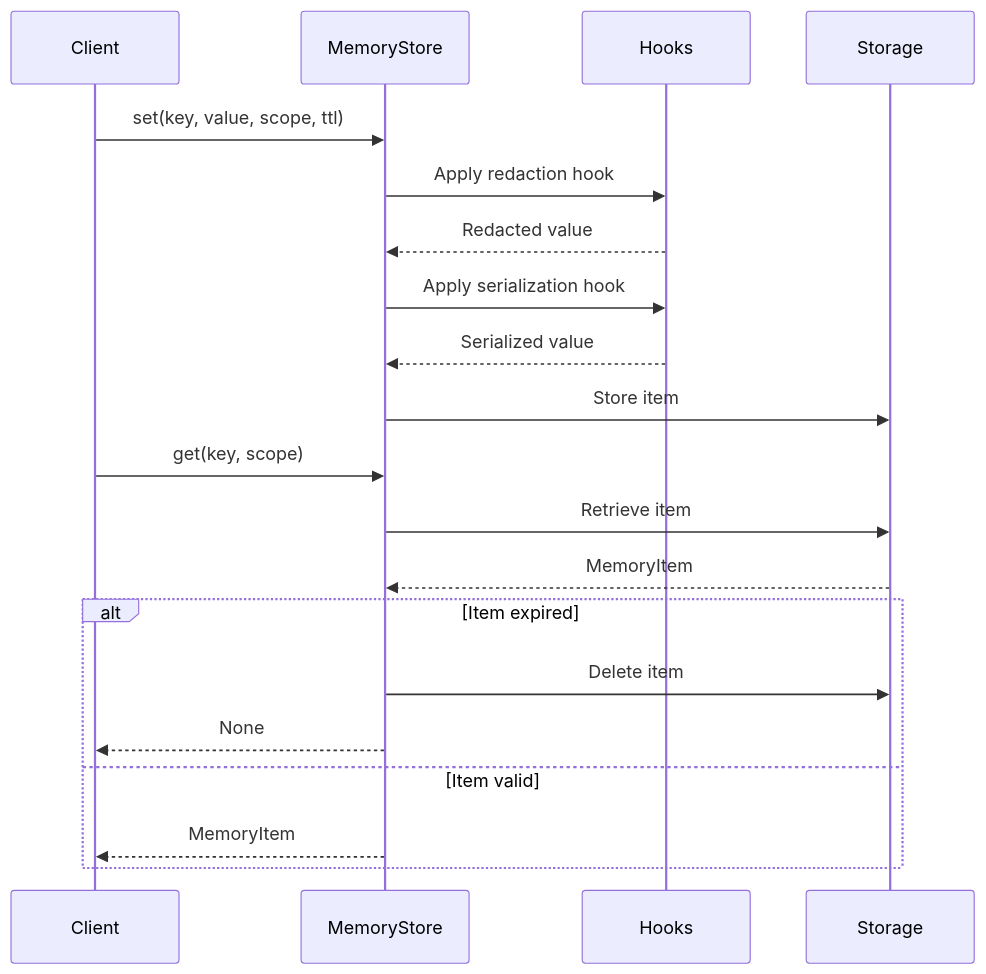
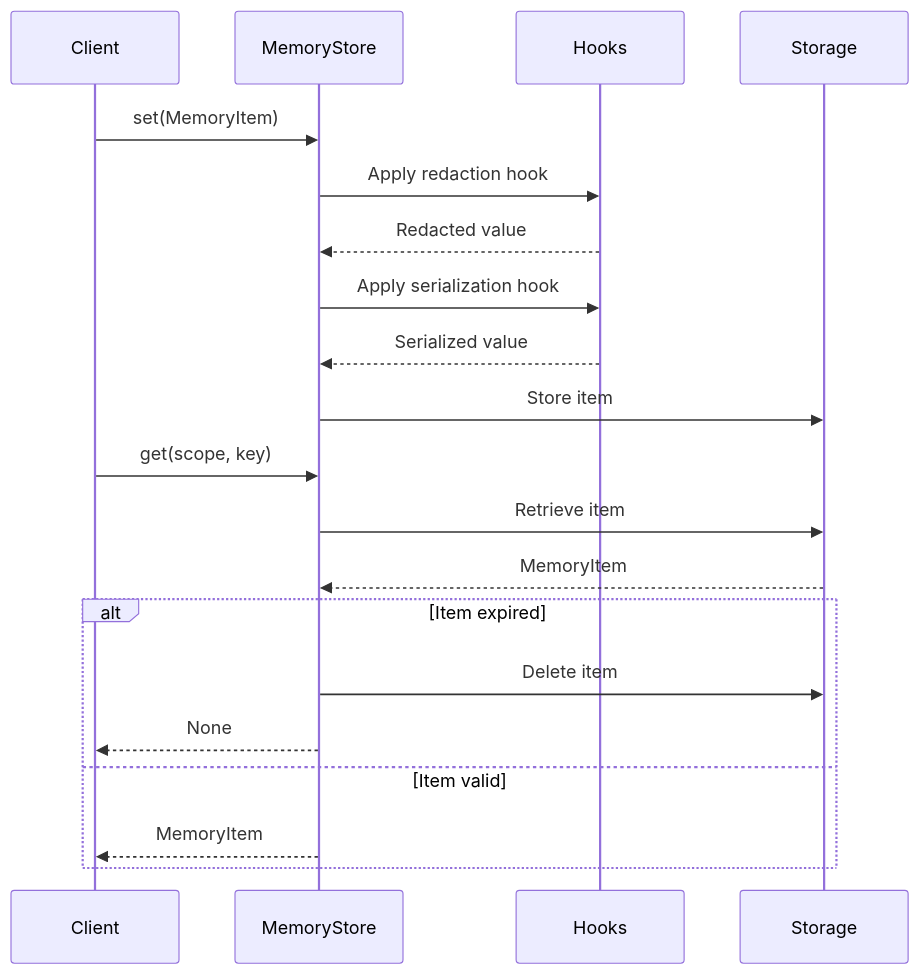
The second of 2 diagrams in docs/memory.md (drchinca/cemaf), drawn with Mermaid before and after one commit. The commit also changed other lines of this file and 246 other files, not shown here.

````diff
--- a/docs/memory.md
+++ b/docs/memory.md
@@ -39,25 +41,25 @@
 ```mermaid
 sequenceDiagram
     participant Client
     participant Store as MemoryStore
     participant Hooks
     participant Storage
 
-    Client->>Store: set(key, value, scope, ttl)
+    Client->>Store: set(MemoryItem)
     Store->>Hooks: Apply redaction hook
     Hooks-->>Store: Redacted value
     Store->>Hooks: Apply serialization hook
     Hooks-->>Store: Serialized value
     Store->>Storage: Store item
 
-    Client->>Store: get(key, scope)
+    Client->>Store: get(scope, key)
     Store->>Storage: Retrieve item
     Storage-->>Store: MemoryItem
 
     alt Item expired
         Store->>Storage: Delete item
         Store-->>Client: None
     else Item valid
         Store-->>Client: MemoryItem
     end
 ```
````
